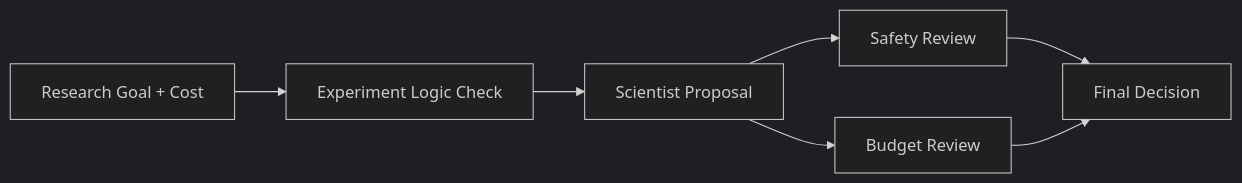
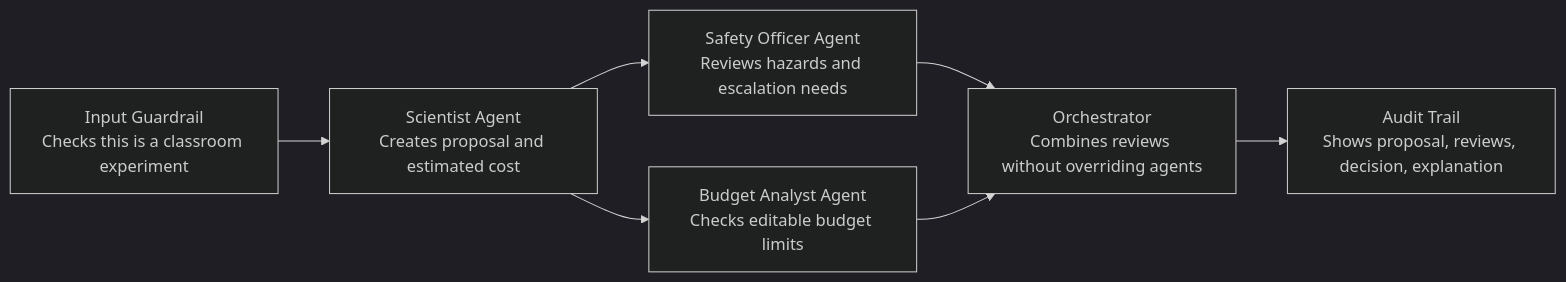
One commit to spv1/madscience changed the diagram in slides.md. Above: the diagram before and after it, drawn with Mermaid (dark theme). The commit also changed other lines of this file and 1 other file, not shown here.

Commit message:
Add classroom flow and inspiration slides

````diff
--- a/slides.md
+++ b/slides.md
@@ -19,9 +19,9 @@
 ```mermaid
 flowchart LR
-  A["Research Goal + Cost"] --> B["Experiment Logic Check"]
-  B --> C["Scientist Proposal"]
-  C --> D["Safety Review"]
-  C --> E["Budget Review"]
-  D --> F["Final Decision"]
-  E --> F
+  A["Input Guardrail<br/>Checks this is a classroom experiment"] --> B["Scientist Agent<br/>Creates proposal and estimated cost"]
+  B --> C["Safety Officer Agent<br/>Reviews hazards and escalation needs"]
+  B --> D["Budget Analyst Agent<br/>Checks editable budget limits"]
+  C --> E["Orchestrator<br/>Combines reviews without overriding agents"]
+  D --> E
+  E --> F["Audit Trail<br/>Shows proposal, reviews, decision, explanation"]
 ```
````
